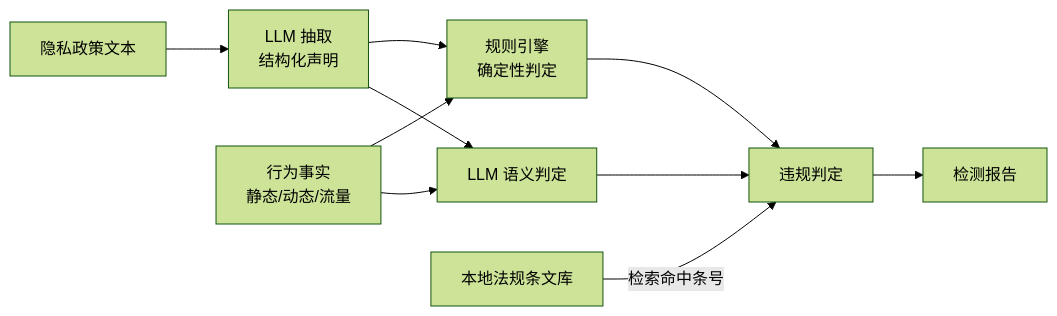
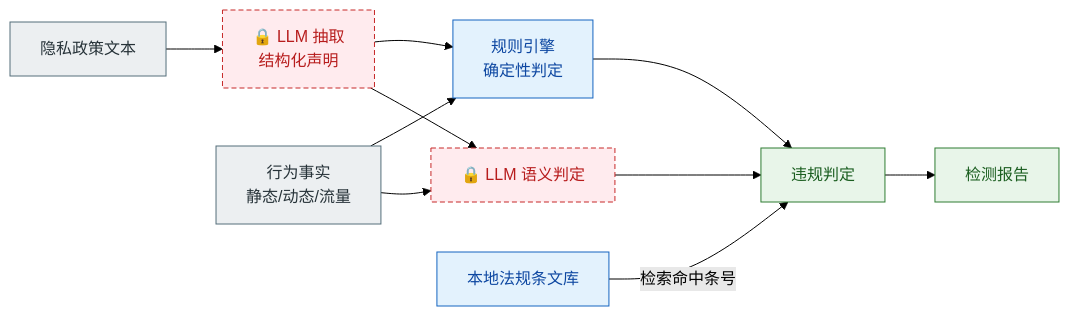
One commit to ConradLu2740/app-privacy-audit changed the first of 6 diagrams in README.md. Above: the diagram before and after it, drawn with Mermaid (forest theme). The commit also changed other lines of this file and 7 other files, not shown here.

First line of the commit message:
Upgrade all diagrams: unified styling, gate markers, data visualization

````diff
--- a/README.md
+++ b/README.md
@@ -46,12 +46,22 @@
 ```mermaid
 flowchart LR
-  P["隐私政策文本"] --> PE["LLM 抽取<br/>结构化声明"]
+  classDef input fill:#ECEFF1,stroke:#546E7A,color:#263238;
+  classDef det fill:#E3F2FD,stroke:#1565C0,color:#0D47A1;
+  classDef llm fill:#FFEBEE,stroke:#C62828,color:#B71C1C,stroke-dasharray:5 3;
+  classDef out fill:#E8F5E9,stroke:#2E7D32,color:#1B5E20;
+
+  P["隐私政策文本"] --> PE["🔒 LLM 抽取<br/>结构化声明"]
   BF["行为事实<br/>静态/动态/流量"] --> RL["规则引擎<br/>确定性判定"]
   PE --> RL
-  PE --> SV["LLM 语义判定"]
+  PE --> SV["🔒 LLM 语义判定"]
   BF --> SV
   RL --> F["违规判定"]
   SV --> F
   REG["本地法规条文库"] -->|检索命中条号| F
   F --> RPT["检测报告"]
+
+  class P,BF input;
+  class PE,SV llm;
+  class RL,REG det;
+  class F,RPT out;
 ```
````
